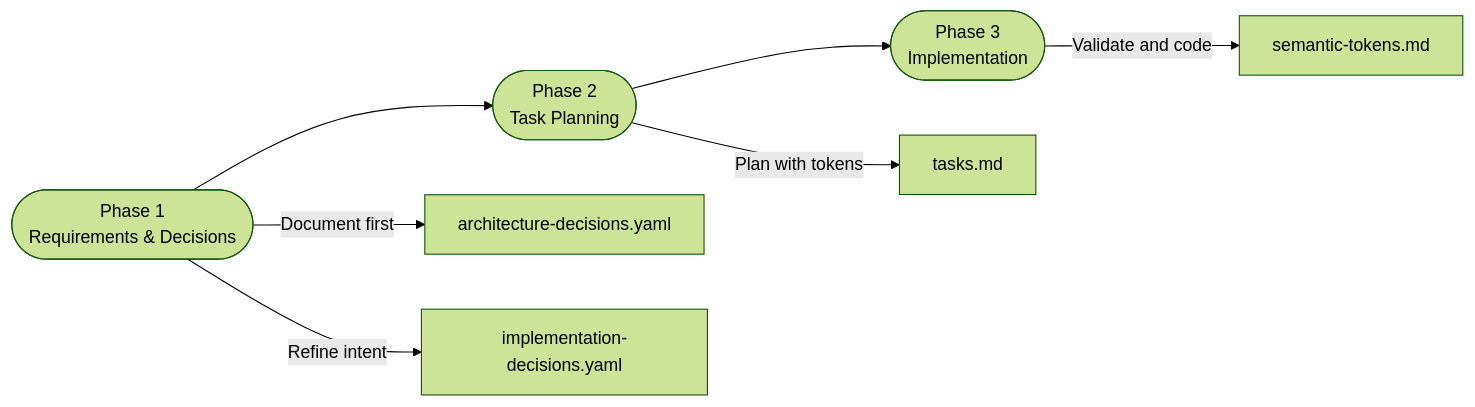
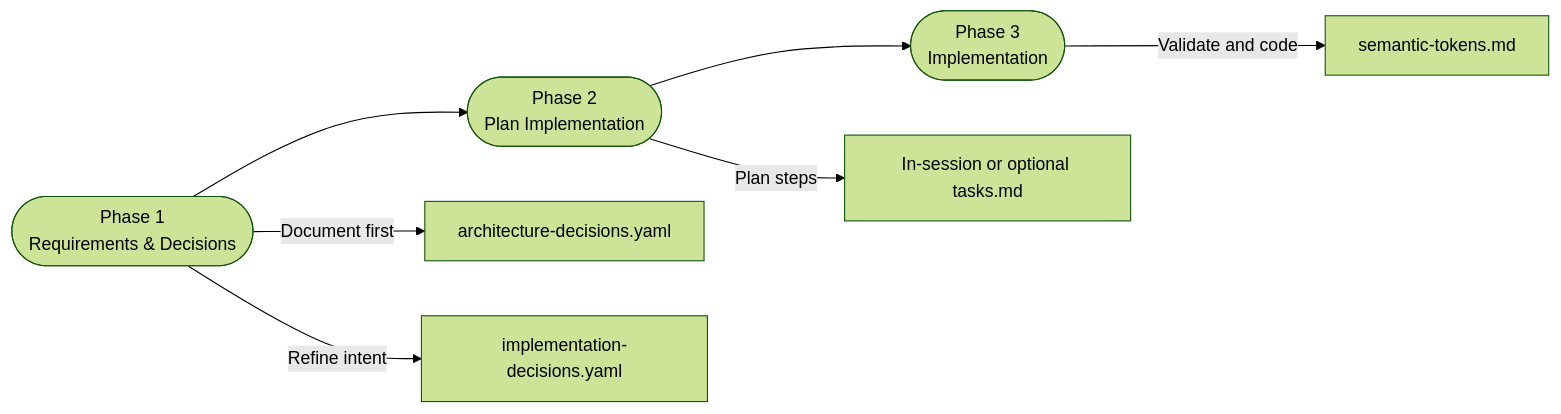
Before and after one commit to fareedst/tied: the diagram in README.md, drawn with Mermaid (forest theme). The commit also changed other lines of this file and 15 other files, not shown here.

````diff
--- a/README.md
+++ b/README.md
@@ -85,11 +84,11 @@
 ```mermaid
 flowchart LR
     phase1([Phase 1<br/>Requirements & Decisions])
-    phase2([Phase 2<br/>Task Planning])
+    phase2([Phase 2<br/>Plan Implementation])
     phase3([Phase 3<br/>Implementation])
     phase1 --> phase2 --> phase3
     phase1 -- "Document first" --> Arch["architecture-decisions.yaml"]
     phase1 -- "Refine intent" --> Impl["implementation-decisions.yaml"]
-    phase2 -- "Plan with tokens" --> TasksDoc["tasks.md"]
+    phase2 -- "Plan steps" --> Planning["In-session or optional tasks.md"]
     phase3 -- "Validate and code" --> Semantic["semantic-tokens.md"]
 ```
````
